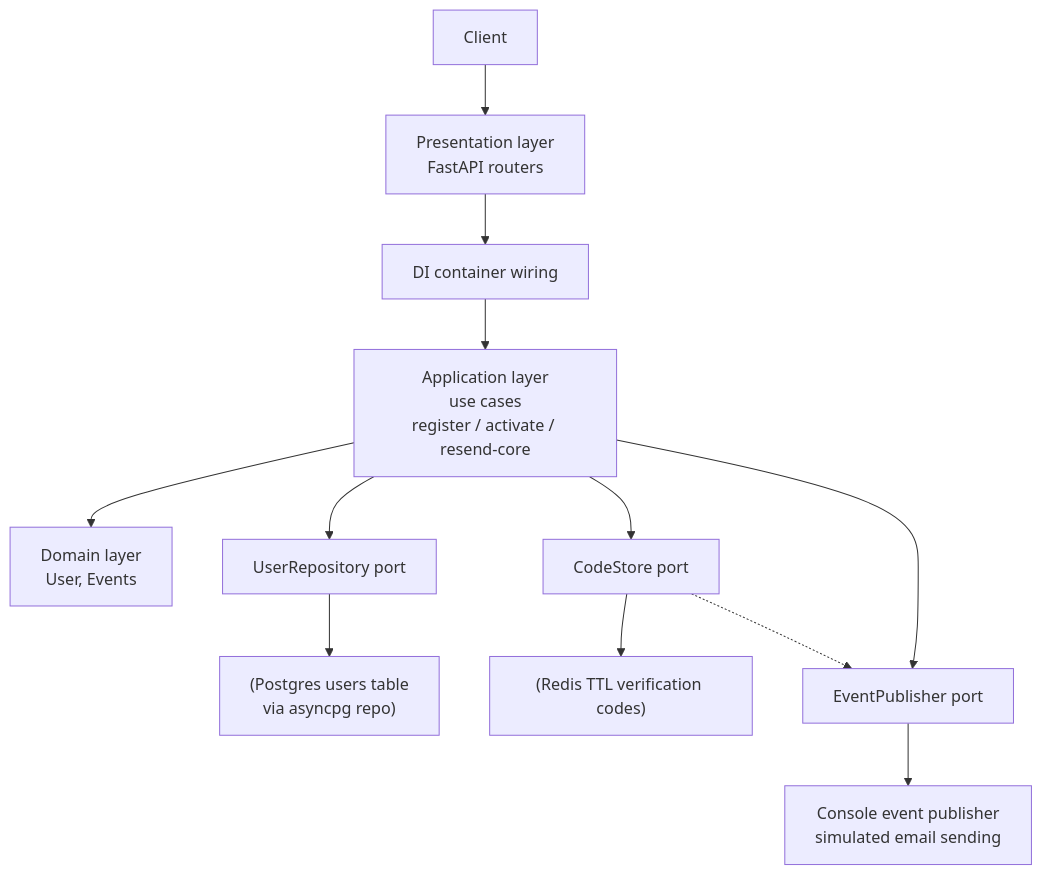
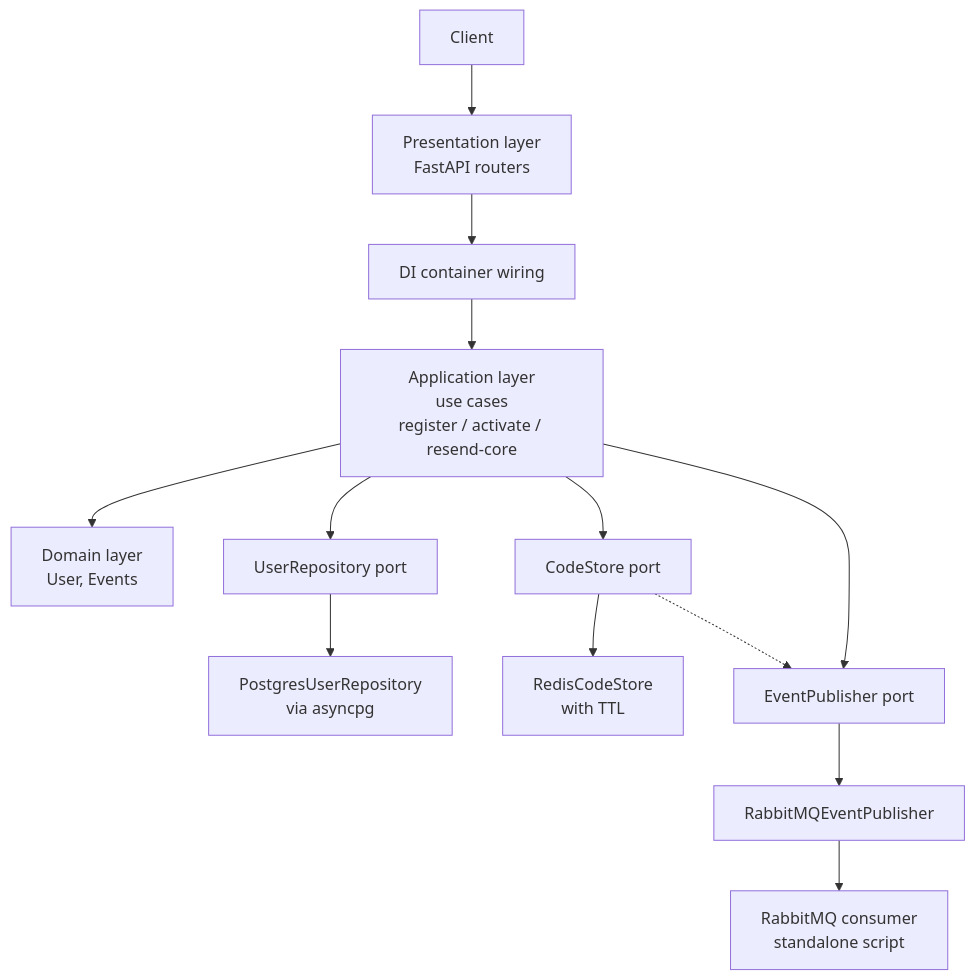
Before and after one commit to copdips/dm-user-registration: the second of 2 diagrams in README.md, drawn with Mermaid. The commit also changed other lines of this file and 10 other files, not shown here.

Commit message:
add rabbitmq event publisher and consumer

````diff
--- a/README.md
+++ b/README.md
@@ -53,15 +56,16 @@
 ```mermaid
 flowchart TD
   Client["Client"]
   Client --> API["Presentation layer<br/>FastAPI routers"]
   API --> Container["DI container wiring"]
   Container --> UseCases["Application layer<br/>use cases<br/>register / activate / resend-core"]
   UseCases --> Domain["Domain layer<br/>User, Events"]
   UseCases --> Repo["UserRepository port"]
   UseCases --> Store["CodeStore port"]
   UseCases --> Pub["EventPublisher port"]
-  Repo --> Postgres["(Postgres users table<br/>via asyncpg repo)"]
-  Store --> Redis["(Redis TTL verification codes)"]
-  Pub --> Console["Console event publisher<br/>simulated email sending"]
+  Repo --> Postgres["PostgresUserRepository<br/>via asyncpg"]
+  Store --> Redis["RedisCodeStore<br/>with TTL"]
+  Pub --> Rabbit["RabbitMQEventPublisher"]
+  Rabbit --> ExternalConsumer["RabbitMQ consumer<br/>standalone script"]
   Store -.-> Pub
 ```
````
